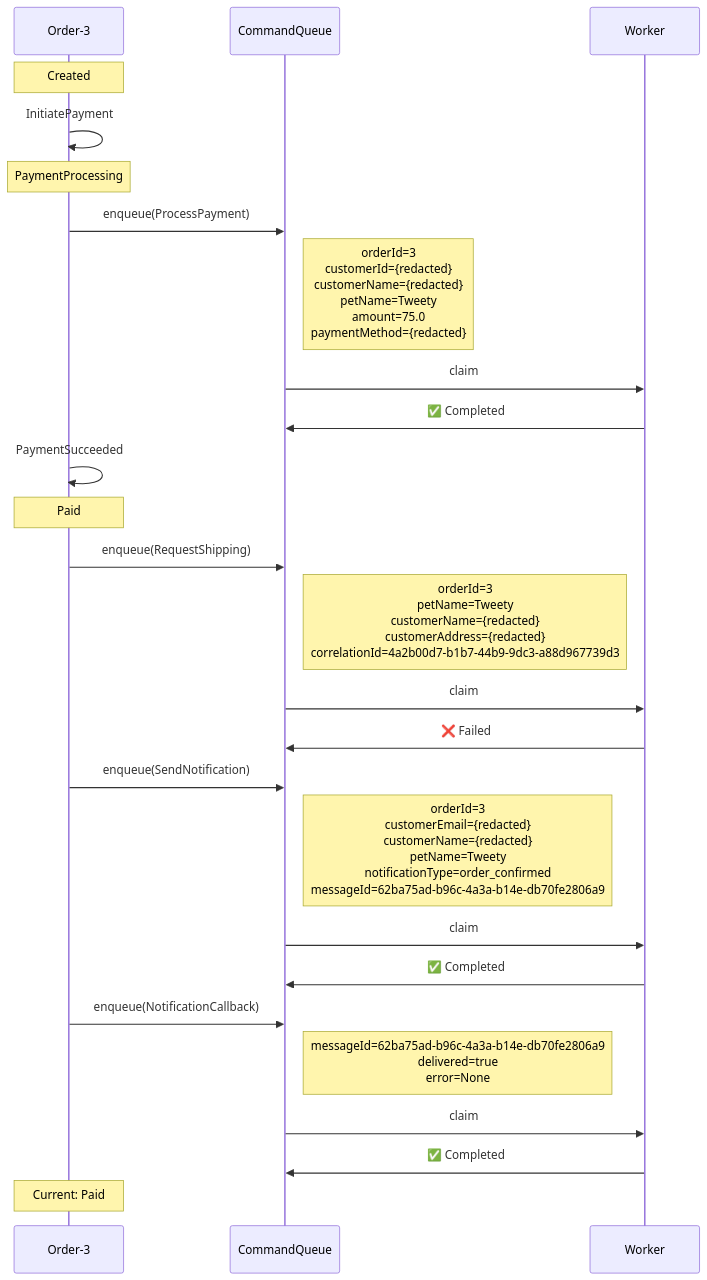
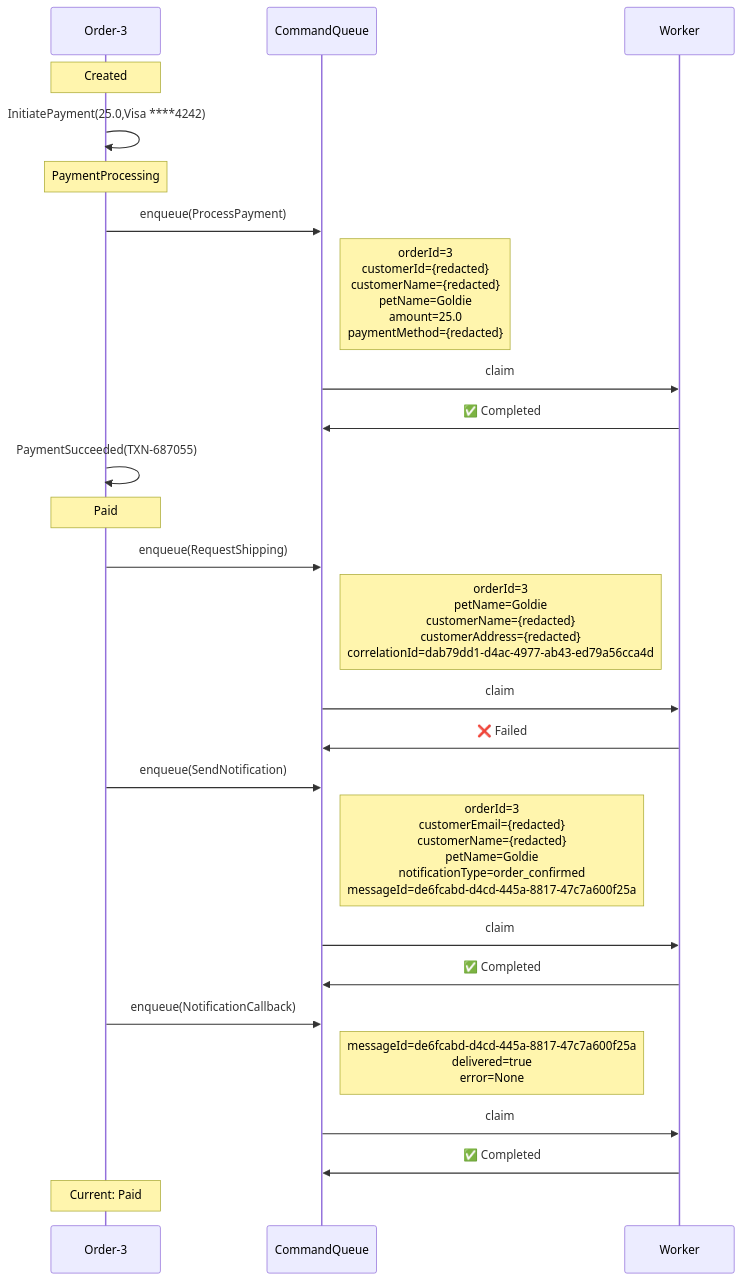
Before and after one commit to Iterable/mechanoid: the first of 3 diagrams in docs/visualizations/order-3-trace.md, drawn with Mermaid. The commit also changed other lines of this file and 33 other files, not shown here.

````diff
--- a/docs/visualizations/order-3-trace.md
+++ b/docs/visualizations/order-3-trace.md
@@ -12,30 +12,30 @@
 ```mermaid
 %%{init: {'themeCSS': '.noteText { text-align: left !important; }'}}%%
 sequenceDiagram
     participant FSM as Order-3
     participant CQ as CommandQueue
     participant W as Worker
 
     Note over FSM: Created
-    FSM->>FSM: InitiatePayment
+    FSM->>FSM: InitiatePayment(25.0,Visa ****4242)
     Note over FSM: PaymentProcessing
     FSM->>CQ: enqueue(ProcessPayment)
-    Note right of CQ: orderId=3<br/>customerId={redacted}<br/>customerName={redacted}<br/>petName=Tweety<br/>amount=75.0<br/>paymentMethod={redacted}
+    Note right of CQ: orderId=3<br/>customerId={redacted}<br/>customerName={redacted}<br/>petName=Goldie<br/>amount=25.0<br/>paymentMethod={redacted}
     CQ->>W: claim
     W->>CQ: ✅ Completed
-    FSM->>FSM: PaymentSucceeded
+    FSM->>FSM: PaymentSucceeded(TXN-687055)
     Note over FSM: Paid
     FSM->>CQ: enqueue(RequestShipping)
-    Note right of CQ: orderId=3<br/>petName=Tweety<br/>customerName={redacted}<br/>customerAddress={redacted}<br/>correlationId=4a2b00d7-b1b7-44b9-9dc3-a88d967739d3
+    Note right of CQ: orderId=3<br/>petName=Goldie<br/>customerName={redacted}<br/>customerAddress={redacted}<br/>correlationId=dab79dd1-d4ac-4977-ab43-ed79a56cca4d
     CQ->>W: claim
     W->>CQ: ❌ Failed
     FSM->>CQ: enqueue(SendNotification)
-    Note right of CQ: orderId=3<br/>customerEmail={redacted}<br/>customerName={redacted}<br/>petName=Tweety<br/>notificationType=order_confirmed<br/>messageId=62ba75ad-b96c-4a3a-b14e-db70fe2806a9
+    Note right of CQ: orderId=3<br/>customerEmail={redacted}<br/>customerName={redacted}<br/>petName=Goldie<br/>notificationType=order_confirmed<br/>messageId=de6fcabd-d4cd-445a-8817-47c7a600f25a
     CQ->>W: claim
     W->>CQ: ✅ Completed
     FSM->>CQ: enqueue(NotificationCallback)
-    Note right of CQ: messageId=62ba75ad-b96c-4a3a-b14e-db70fe2806a9<br/>delivered=true<br/>error=None
+    Note right of CQ: messageId=de6fcabd-d4cd-445a-8817-47c7a600f25a<br/>delivered=true<br/>error=None
     CQ->>W: claim
     W->>CQ: ✅ Completed
     Note over FSM: Current: Paid
 ```
````
